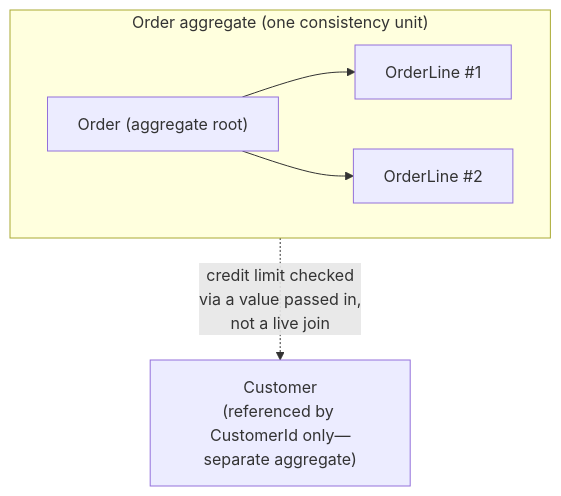
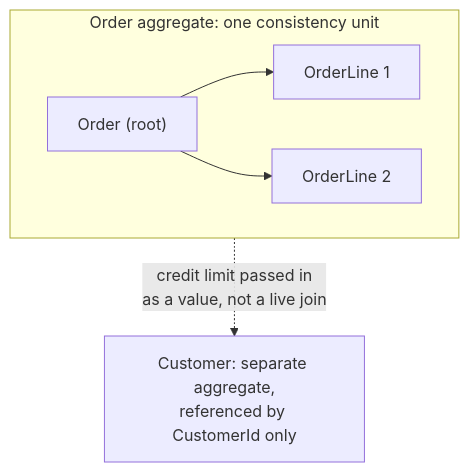
The first of 3 diagrams in src/content/architecture/domain-driven-design/L2-concept.mdx (francoandreDev/knowledge), drawn with Mermaid before and after one commit. The commit also changed other lines of this file and 16 other files, not shown here.

Commit message:
Migrate software-design closing units and architecture batch 1 (evolutionary-design, long-term-design-judgment, architecture-styles, domain-driven-design) to the three-tier exercise model

````diff
--- a/src/content/architecture/domain-driven-design/L2-concept.mdx
+++ b/src/content/architecture/domain-driven-design/L2-concept.mdx
@@ -48,12 +33,12 @@
 ```mermaid
 flowchart TB
-    subgraph Aggregate["Order aggregate (one consistency unit)"]
-        Root["Order (aggregate root)"]
-        L1e["OrderLine #1"]
-        L2e["OrderLine #2"]
+    subgraph Aggregate["Order aggregate: one consistency unit"]
+        Root["Order (root)"]
+        L1e["OrderLine 1"]
+        L2e["OrderLine 2"]
         Root --> L1e
         Root --> L2e
     end
-    Cust["Customer\n(referenced by CustomerId only—separate aggregate)"]
-    Aggregate -. "credit limit checked\nvia a value passed in,\nnot a live join" .-> Cust
+    Cust["Customer: separate aggregate,<br/>referenced by CustomerId only"]
+    Aggregate -. "credit limit passed in<br/>as a value, not a live join" .-> Cust
 ```
````
